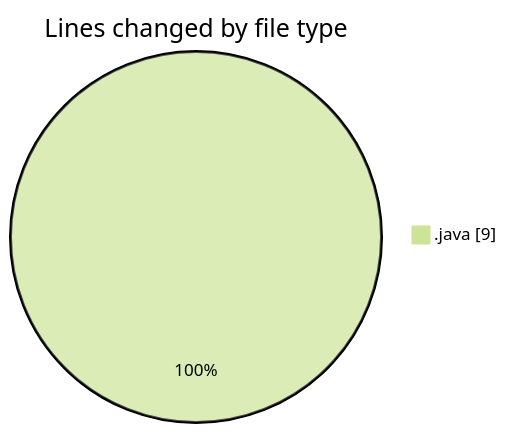
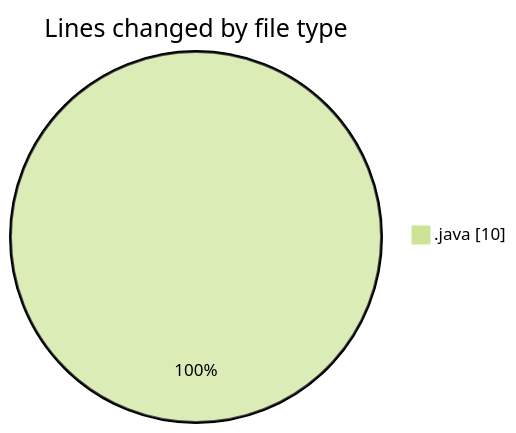
Before and after one commit to ricardozamudiocil/code-tracking: the first of 2 diagrams in 2026-04-07/cilapp/README.md, drawn with Mermaid (forest theme). The commit also changed other lines of this file and 1 other file, not shown here.

````diff
--- a/2026-04-07/cilapp/README.md
+++ b/2026-04-07/cilapp/README.md
@@ -20,5 +21,5 @@
 ```mermaid
 pie showData
 title Lines changed by file type
-".java" : 9
+".java" : 10
 ```
````
